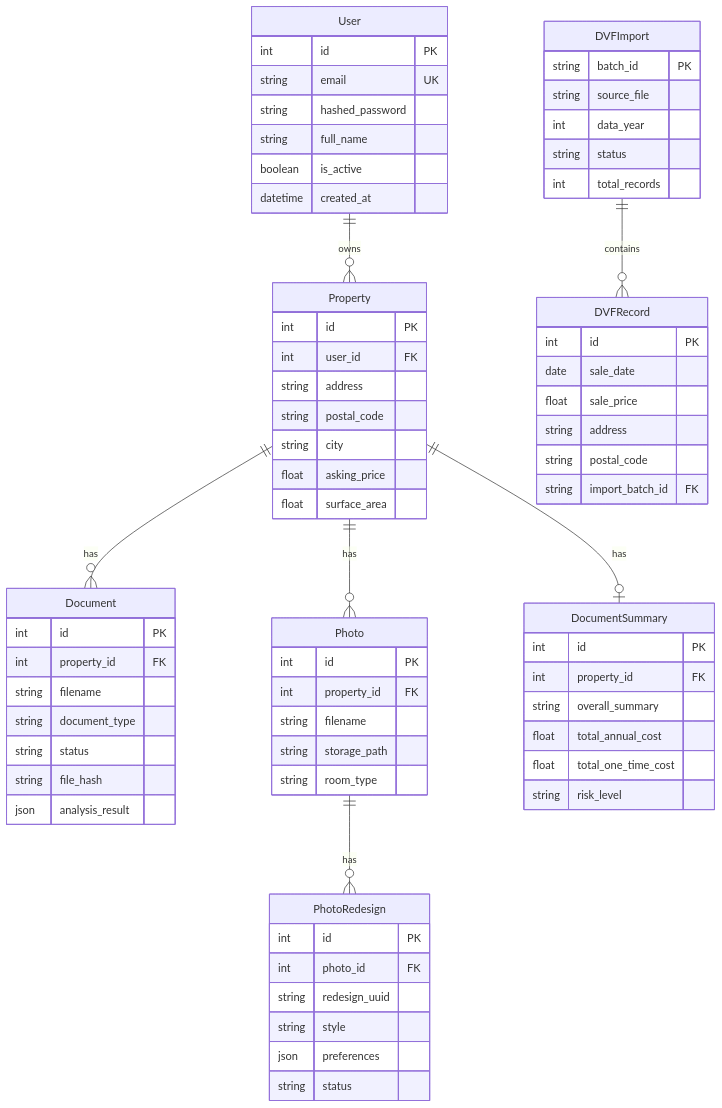
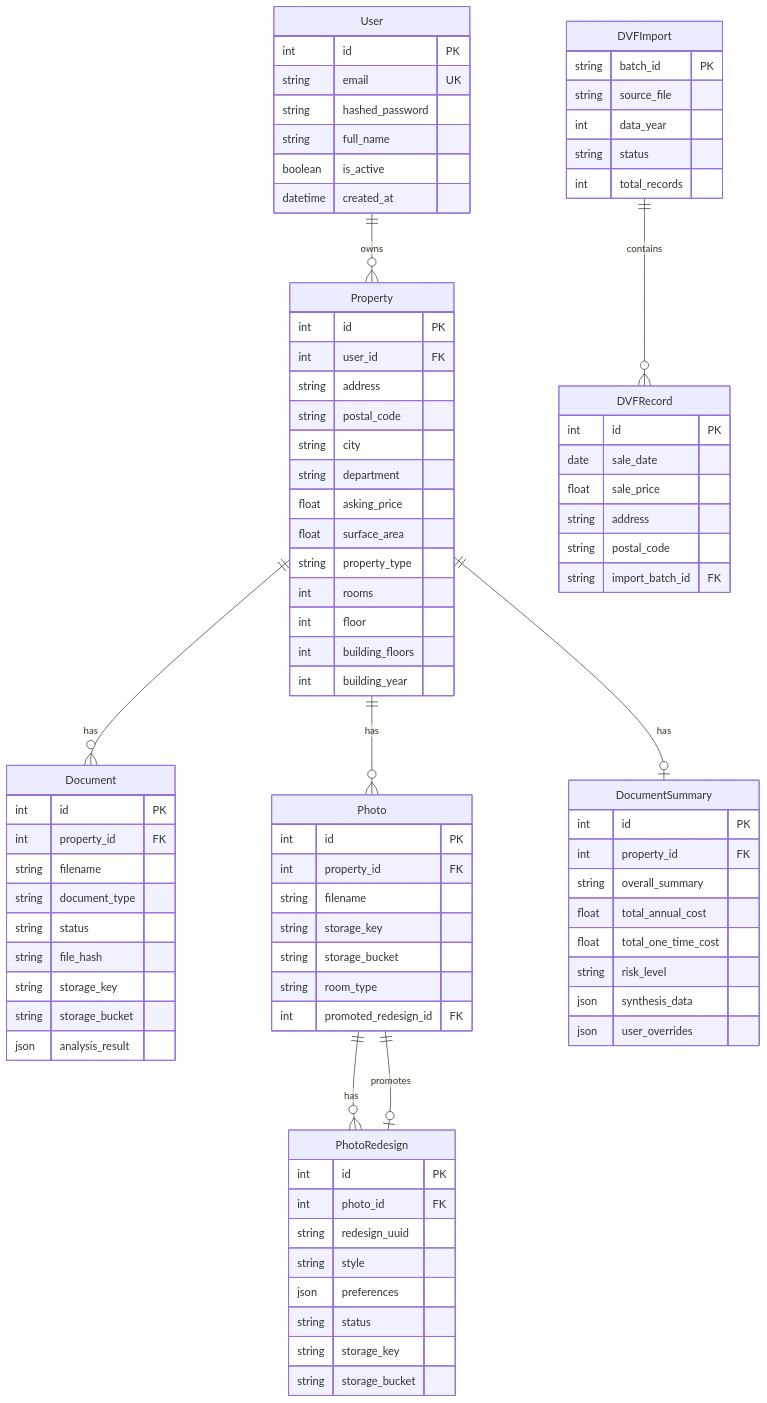
Before and after one commit to benjamin-karaoglan/AppArtAgent: the diagram in docs/backend/database.md, drawn with Mermaid. The commit also changed other lines of this file and 10 other files, not shown here.

```diff
--- a/docs/backend/database.md
+++ b/docs/backend/database.md
@@ -168,6 +177,7 @@
     Property ||--o{ Photo : has
     Property ||--o| DocumentSummary : has
     Photo ||--o{ PhotoRedesign : has
+    Photo ||--o| PhotoRedesign : promotes
     DVFImport ||--o{ DVFRecord : contains
 
     User {
@@ -185,8 +195,14 @@
         string address
         string postal_code
         string city
+        string department
         float asking_price
         float surface_area
+        string property_type
+        int rooms
+        int floor
+        int building_floors
+        int building_year
     }
 
     Document {
@@ -196,6 +212,8 @@
         string document_type
         string status
         string file_hash
+        string storage_key
+        string storage_bucket
         json analysis_result
     }
 
@@ -203,8 +221,10 @@
         int id PK
         int property_id FK
         string filename
-        string storage_path
+        string storage_key
+        string storage_bucket
         string room_type
+        int promoted_redesign_id FK
     }
 
     PhotoRedesign {
@@ -214,6 +234,8 @@
         string style
         json preferences
         string status
+        string storage_key
+        string storage_bucket
     }
 
     DocumentSummary {
@@ -223,6 +245,8 @@
         float total_annual_cost
         float total_one_time_cost
         string risk_level
+        json synthesis_data
+        json user_overrides
     }
 
     DVFRecord {
```
